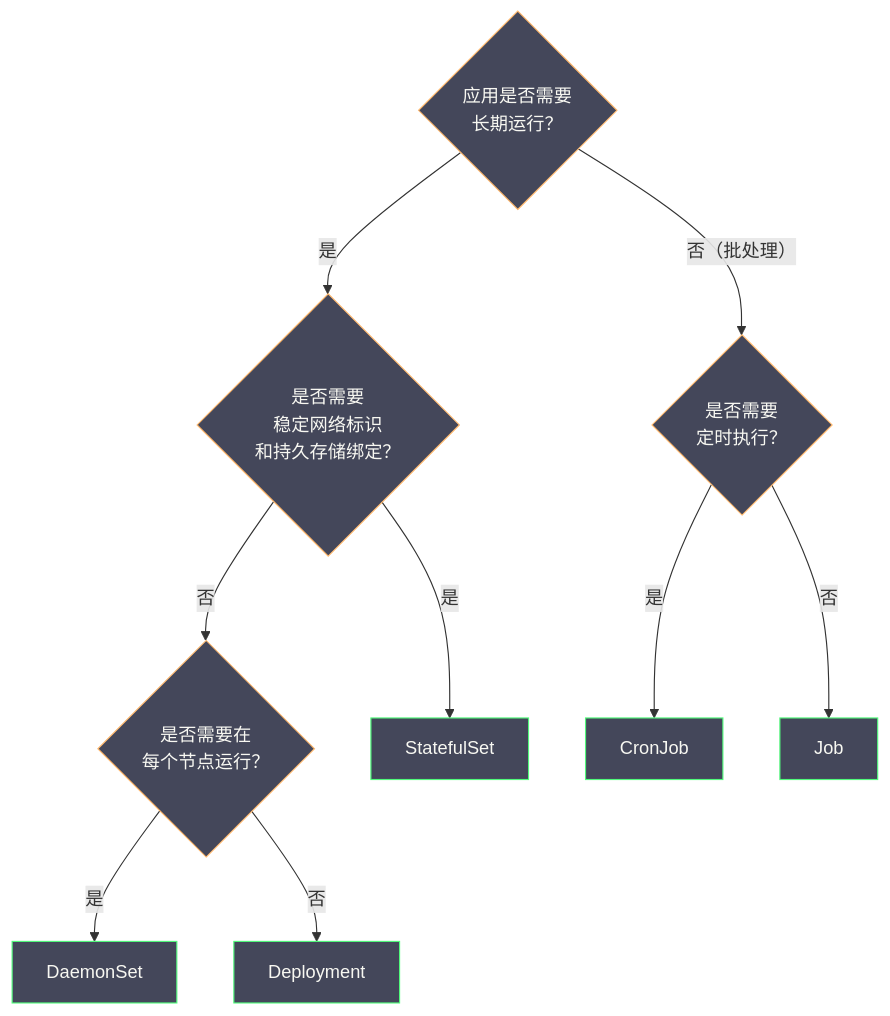
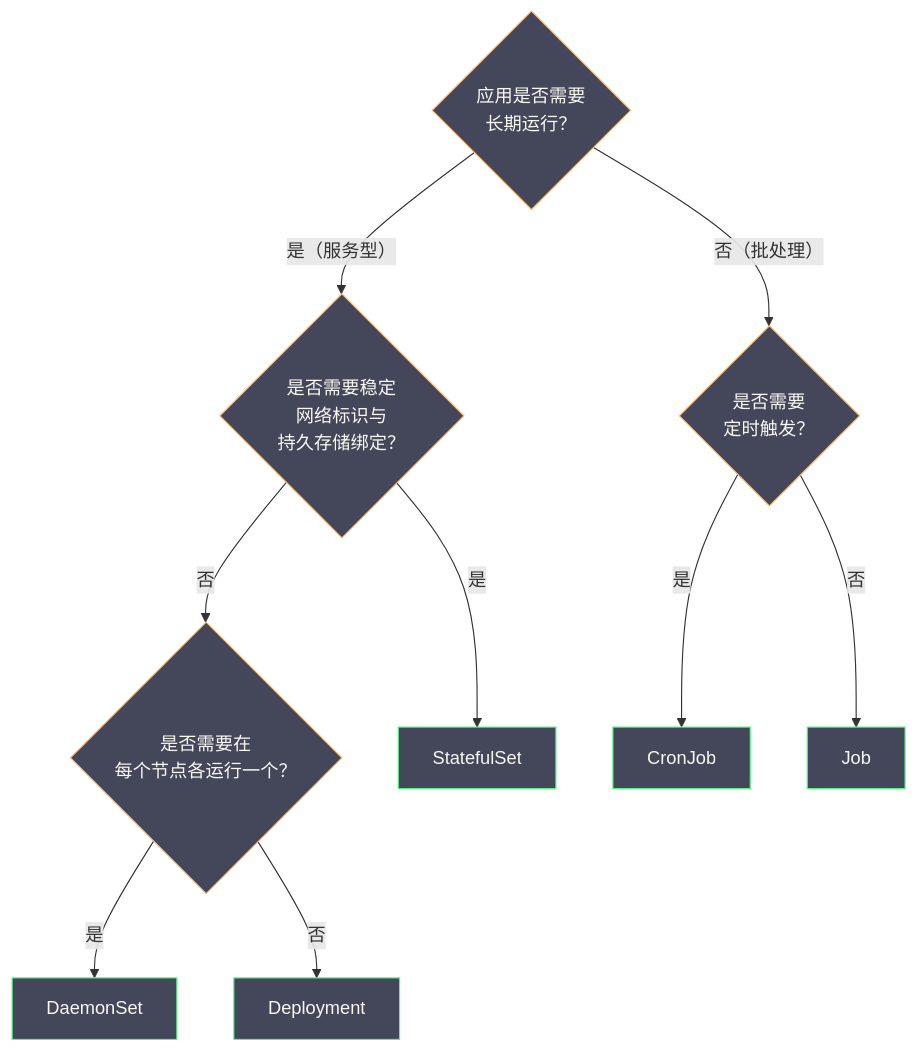
One commit to hpliStartAgain/my-brain changed the sixth of 6 diagrams in content/云原生/Kubernetes/kubernetes架构原则和对象设计/05 核心工作负载对象深度解析.md. Above: the diagram before and after it, drawn with Mermaid. The commit also changed other lines of this file and 24 other files, not shown here.

````diff
--- a/content/云原生/Kubernetes/kubernetes架构原则和对象设计/05 核心工作负载对象深度解析.md
+++ b/content/云原生/Kubernetes/kubernetes架构原则和对象设计/05 核心工作负载对象深度解析.md
@@ -367,23 +651,23 @@
 ```mermaid
 %%{init: {'theme': 'dracula'}}%%
 graph TD
-    Q1{"应用是否需要</br>长期运行？"}
-    Q2{"是否需要</br>稳定网络标识</br>和持久存储绑定？"}
-    Q3{"是否需要在</br>每个节点运行？"}
-    Q4{"是否需要</br>定时执行？"}
+    Q1{"应用是否需要<br/>长期运行？"}
+    Q2{"是否需要稳定<br/>网络标识与<br/>持久存储绑定？"}
+    Q3{"是否需要在<br/>每个节点各运行一个？"}
+    Q4{"是否需要<br/>定时触发？"}
 
-    Q1 -->|"是"| Q2
+    Q1 -->|"是（服务型）"| Q2
     Q1 -->|"否（批处理）"| Q4
     Q2 -->|"是"| SS["StatefulSet"]
     Q2 -->|"否"| Q3
     Q3 -->|"是"| DS["DaemonSet"]
     Q3 -->|"否"| DEP["Deployment"]
     Q4 -->|"是"| CJ["CronJob"]
     Q4 -->|"否"| JOB["Job"]
 
     classDef question fill:#44475a,stroke:#ffb86c,color:#f8f8f2
     classDef answer fill:#44475a,stroke:#50fa7b,color:#f8f8f2
 
     class Q1,Q2,Q3,Q4 question
     class SS,DS,DEP,CJ,JOB answer
 ```
````
